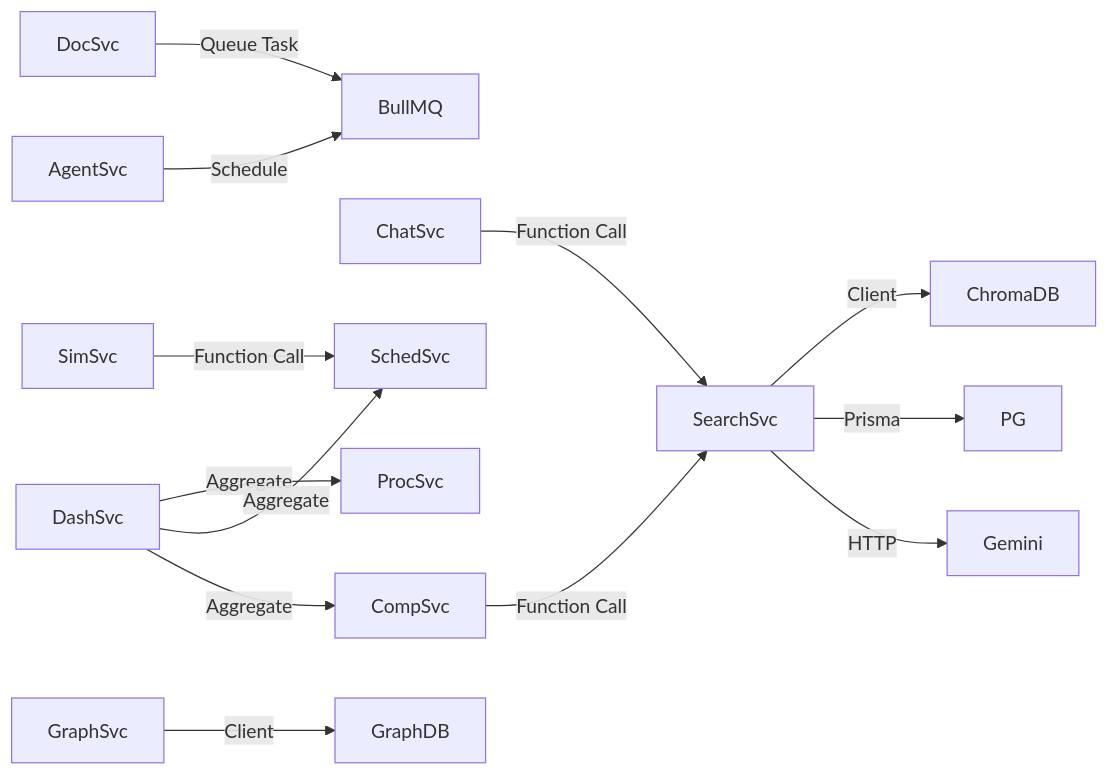
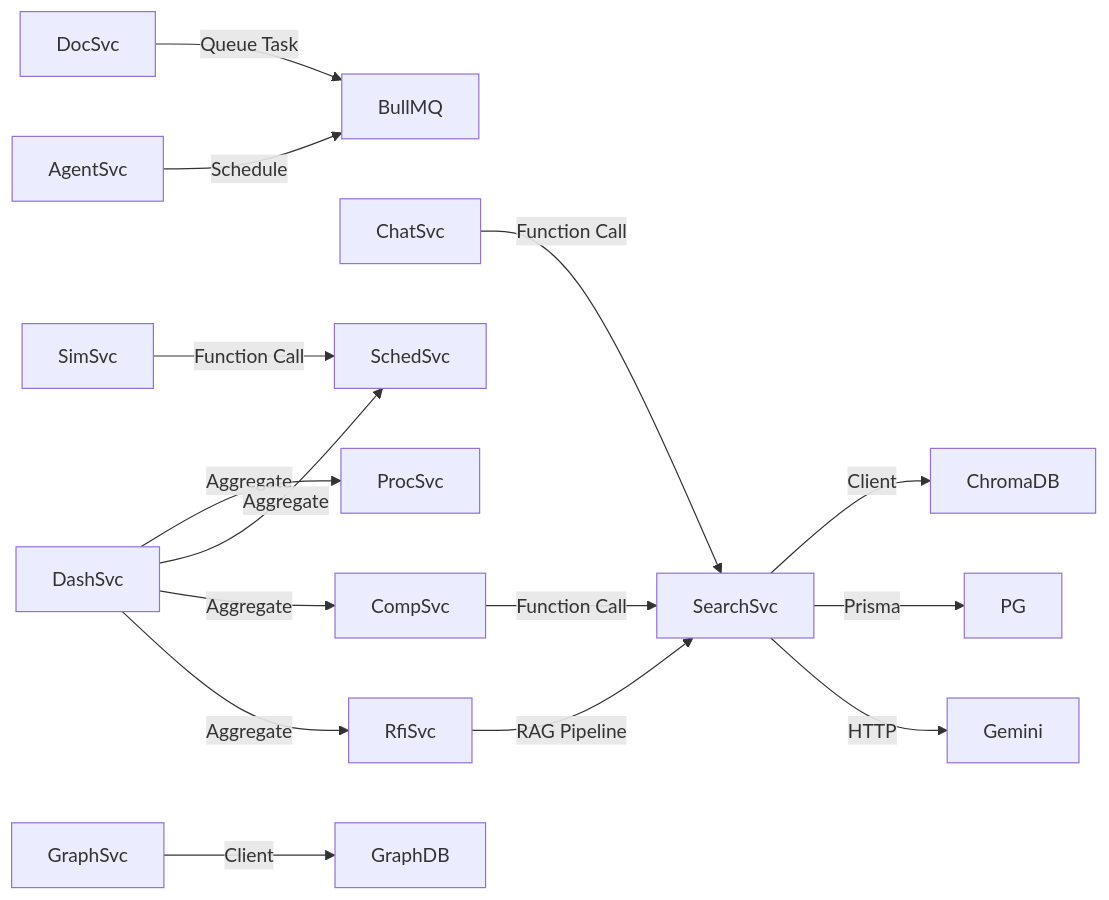
The second of 2 diagrams in .ai/ARCHITECTURE.md (suryanshvermaa/DCBrain), drawn with Mermaid before and after one commit. The commit also changed other lines of this file and 35 other files, not shown here.

````diff
--- a/.ai/ARCHITECTURE.md
+++ b/.ai/ARCHITECTURE.md
@@ -38,15 +39,17 @@
 ```mermaid
 graph LR
     DocSvc -->|Queue Task| BullMQ
     SearchSvc -->|Client| ChromaDB
     SearchSvc -->|Prisma| PG
     SearchSvc -->|HTTP| Gemini
     ChatSvc -->|Function Call| SearchSvc
     CompSvc -->|Function Call| SearchSvc
     AgentSvc -->|Schedule| BullMQ
     SimSvc -->|Function Call| SchedSvc
     GraphSvc -->|Client| GraphDB
+    RfiSvc -->|RAG Pipeline| SearchSvc
     DashSvc -->|Aggregate| ProcSvc
     DashSvc -->|Aggregate| SchedSvc
     DashSvc -->|Aggregate| CompSvc
+    DashSvc -->|Aggregate| RfiSvc
 ```
````
